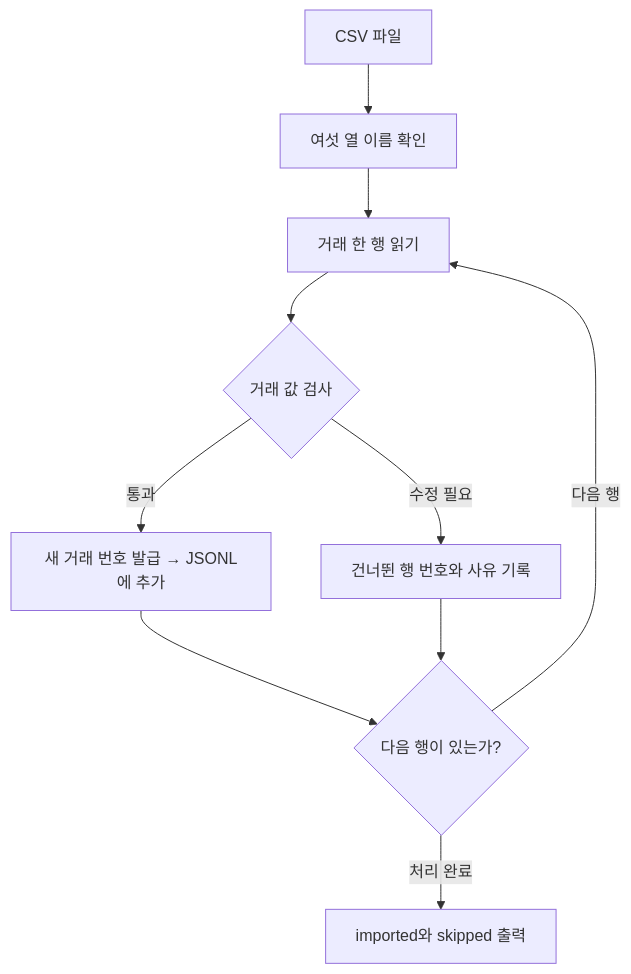
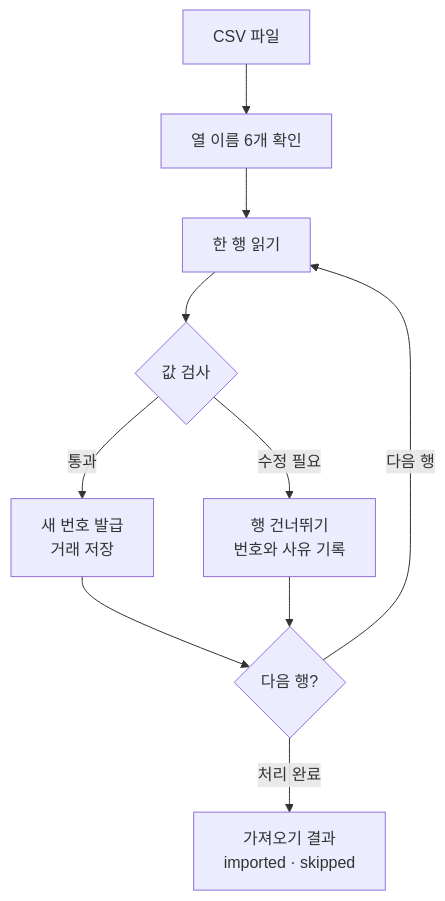
One commit to Cerhovah/Codyssey_Mission_B2-1 changed the fifth of 9 diagrams in README.md. Above: the diagram before and after it, drawn with Mermaid. The commit also changed other lines of this file, not shown here.

First line of the commit message:
docs: 구조도 문구와 줄바꿈을 읽기 쉽게 정리

````diff
--- a/README.md
+++ b/README.md
@@ -313,12 +313,12 @@
 ```mermaid
 flowchart TD
-    Csv["CSV 파일"] --> Header["여섯 열 이름 확인"]
-    Header --> Row["거래 한 행 읽기"]
-    Row --> Check{"거래 값 검사"}
-    Check -->|"통과"| Save["새 거래 번호 발급 → JSONL에 추가"]
-    Check -->|"수정 필요"| Skip["건너뛴 행 번호와 사유 기록"]
-    Save --> Next{"다음 행이 있는가?"}
+    Csv["CSV 파일"] --> Header["열 이름 6개 확인"]
+    Header --> Row["한 행 읽기"]
+    Row --> Check{"값 검사"}
+    Check -->|"통과"| Save["새 번호 발급<br/>거래 저장"]
+    Check -->|"수정 필요"| Skip["행 건너뛰기<br/>번호와 사유 기록"]
+    Save --> Next{"다음 행?"}
     Skip --> Next
     Next -->|"다음 행"| Row
-    Next -->|"처리 완료"| Result["imported와 skipped 출력"]
+    Next -->|"처리 완료"| Result["가져오기 결과<br/>imported · skipped"]
 ```
````
